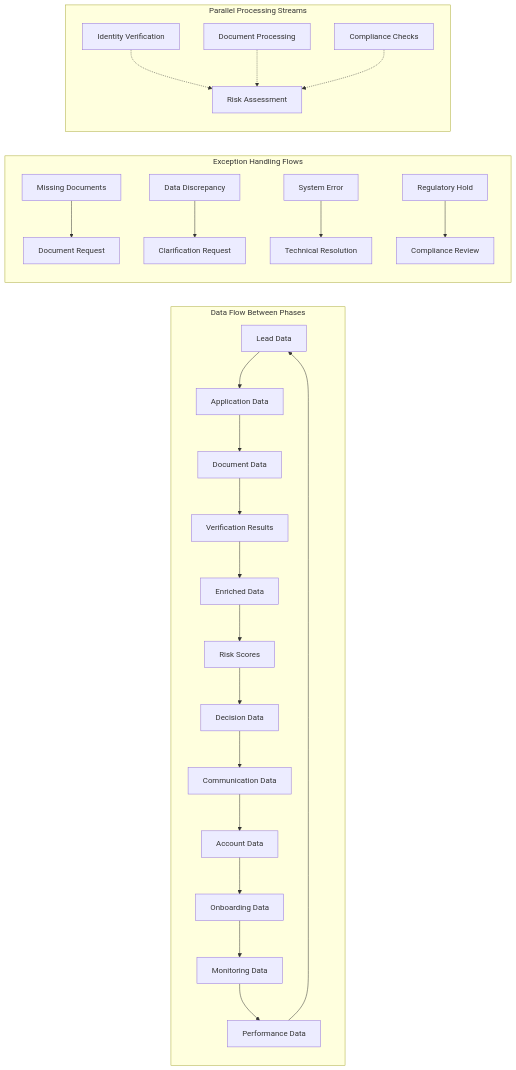
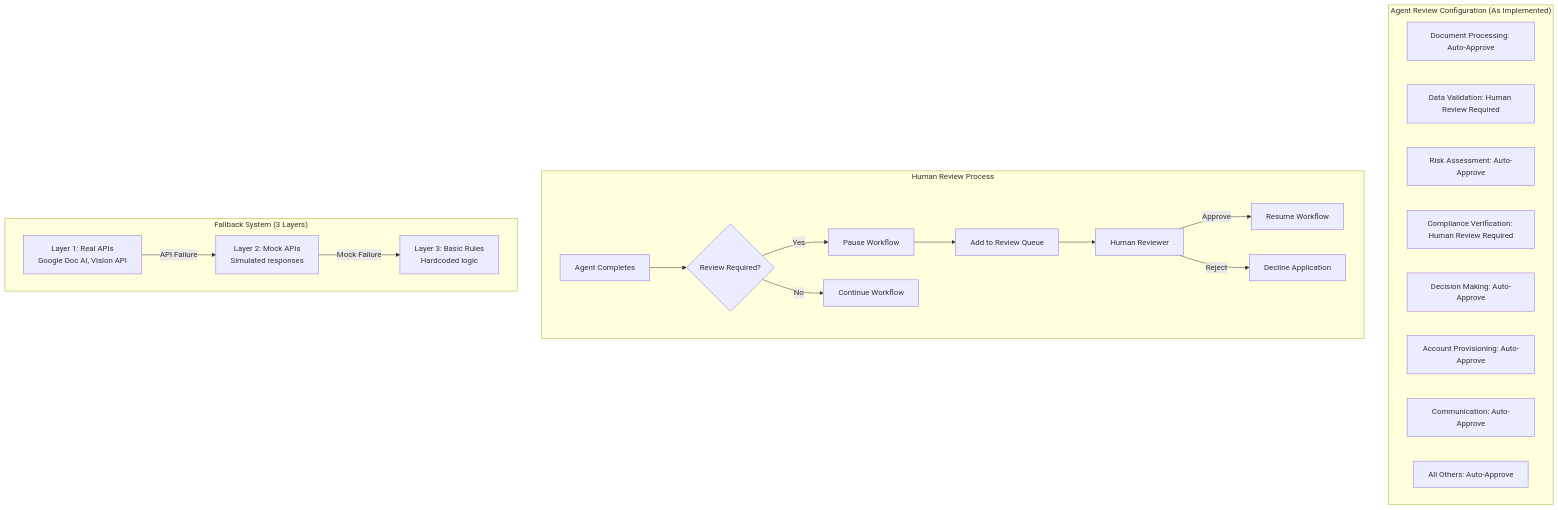
Before and after one commit to rishi154/merchant-onboarding: the second of 4 diagrams in merchant-onboarding/Complete_12_Phase_Flow_Diagram.md, drawn with Mermaid. The commit also changed other lines of this file and 20 other files, not shown here.

````diff
--- a/merchant-onboarding/Complete_12_Phase_Flow_Diagram.md
+++ b/merchant-onboarding/Complete_12_Phase_Flow_Diagram.md
@@ -210,38 +88,32 @@
 ```mermaid
-flowchart LR
-    %% Phase Dependencies and Data Flow
-    subgraph "Data Flow Between Phases"
-        DF1[Lead Data] --> DF2[Application Data]
-        DF2 --> DF3[Document Data]
-        DF3 --> DF4[Verification Results]
-        DF4 --> DF5[Enriched Data]
-        DF5 --> DF6[Risk Scores]
-        DF6 --> DF7[Decision Data]
-        DF7 --> DF8[Communication Data]
-        DF8 --> DF9[Account Data]
-        DF9 --> DF10[Onboarding Data]
-        DF10 --> DF11[Monitoring Data]
-        DF11 --> DF12[Performance Data]
-        DF12 --> DF1
+flowchart TD
+    subgraph "Agent Review Configuration (As Implemented)"
+        AR1[Document Processing: Auto-Approve]
+        AR2[Data Validation: Human Review Required]
+        AR3[Risk Assessment: Auto-Approve]
+        AR4[Compliance Verification: Human Review Required]
+        AR5[Decision Making: Auto-Approve]
+        AR6[Account Provisioning: Auto-Approve]
+        AR7[Communication: Auto-Approve]
+        AR8[All Others: Auto-Approve]
     end
     
-    %% Exception Flows
-    subgraph "Exception Handling Flows"
-        EF1[Missing Documents] --> EF2[Document Request]
-        EF3[Data Discrepancy] --> EF4[Clarification Request]
-        EF5[System Error] --> EF6[Technical Resolution]
-        EF7[Regulatory Hold] --> EF8[Compliance Review]
+    subgraph "Human Review Process"
+        HR1[Agent Completes] --> HR2{Review Required?}
+        HR2 -->|Yes| HR3[Pause Workflow]
+        HR2 -->|No| HR4[Continue Workflow]
+        HR3 --> HR5[Add to Review Queue]
+        HR5 --> HR6[Human Reviewer]
+        HR6 -->|Approve| HR7[Resume Workflow]
+        HR6 -->|Reject| HR8[Decline Application]
     end
     
-    %% Parallel Processing
-    subgraph "Parallel Processing Streams"
-        PP1[Identity Verification]
-        PP2[Document Processing]
-        PP3[Risk Assessment]
-        PP4[Compliance Checks]
+    subgraph "Fallback System (3 Layers)"
+        F1[Layer 1: Real APIs<br/>Google Doc AI, Vision API]
+        F2[Layer 2: Mock APIs<br/>Simulated responses]
+        F3[Layer 3: Basic Rules<br/>Hardcoded logic]
         
-        PP1 -.-> PP3
-        PP2 -.-> PP3
-        PP4 -.-> PP3
+        F1 -->|API Failure| F2
+        F2 -->|Mock Failure| F3
     end
 ```
````
